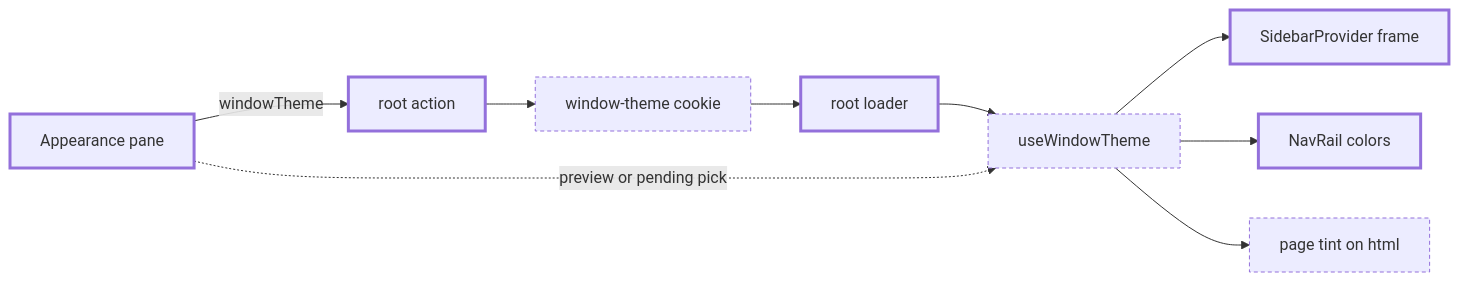
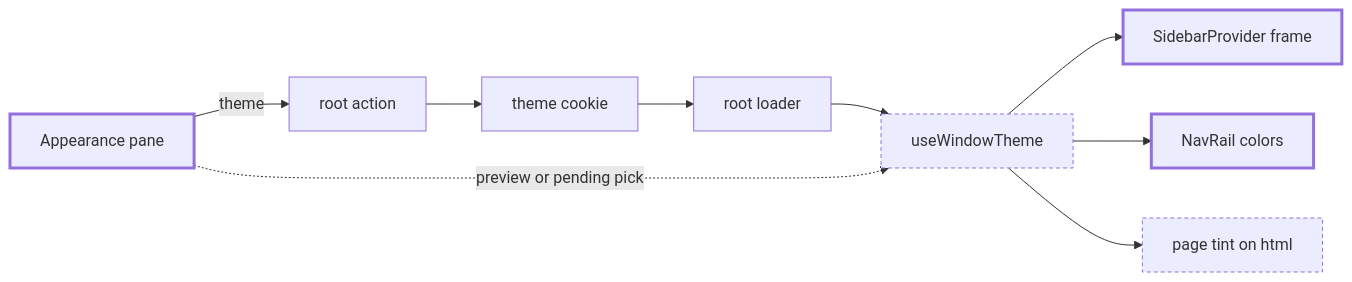
One commit to crbnos/carbon changed the diagram in .ai/specs/2026-11-03-window-themes.md. Above: the diagram before and after it, drawn with Mermaid. The commit also changed other lines of this file and 45 other files, not shown here.

````diff
--- a/.ai/specs/2026-11-03-window-themes.md
+++ b/.ai/specs/2026-11-03-window-themes.md
@@ -18,13 +18,13 @@
 ```mermaid
 flowchart LR
-    A["Appearance pane"]:::hot -->|"windowTheme"| B["root action"]:::hot
-    B --> C["window-theme cookie"]:::new
-    C --> D["root loader"]:::hot
+    A["Appearance pane"]:::hot -->|"theme"| B["root action"]
+    B --> C["theme cookie"]
+    C --> D["root loader"]
     D --> E["useWindowTheme"]:::new
     A -.->|"preview or pending pick"| E
     E --> F["SidebarProvider frame"]:::hot
     E --> G["NavRail colors"]:::hot
     E --> H["page tint on html"]:::new
     classDef hot stroke-width:3px
     classDef new stroke-dasharray:4 3
 ```
````
